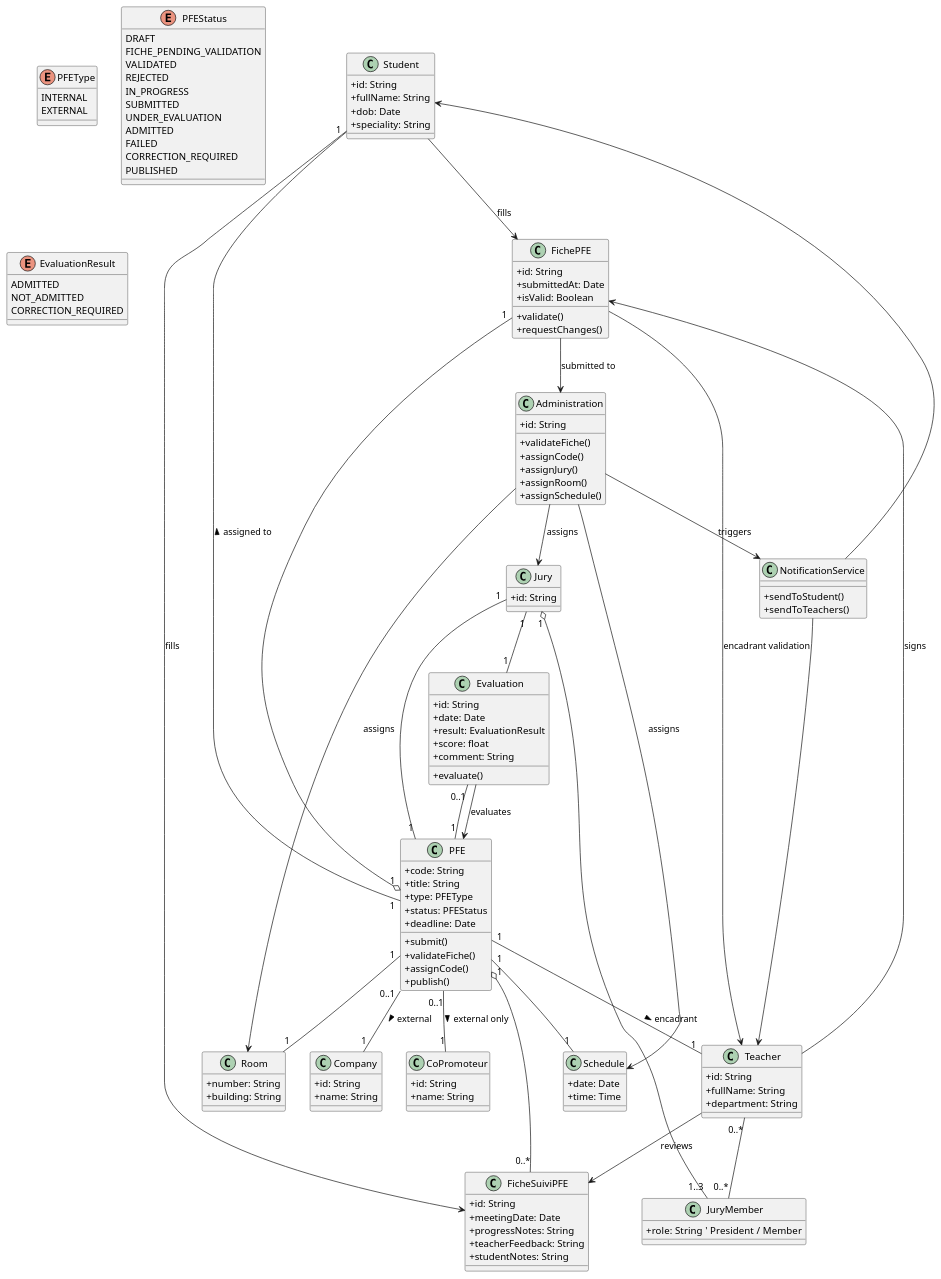
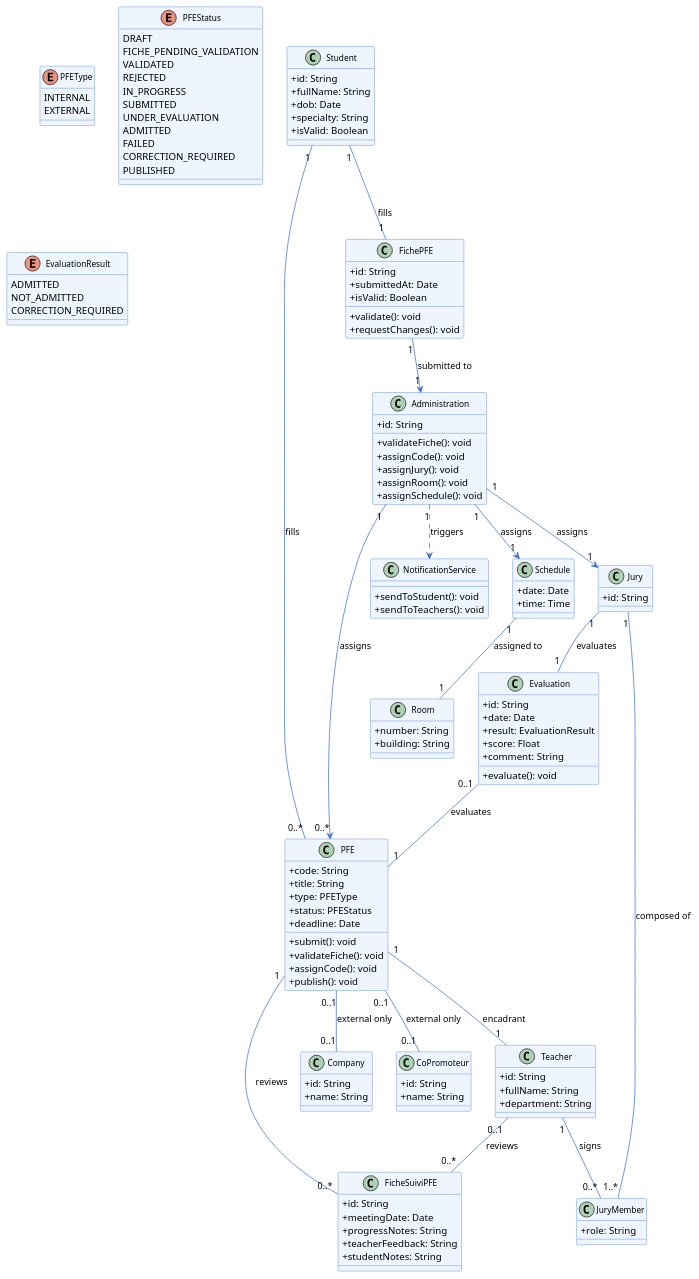
The fourth of 12 diagrams in chapters/ch3/main.qmd (rhpo/pfe-enhanced), drawn with PlantUML before and after one commit. The commit also changed other lines of this file, not shown here.

````diff
--- a/chapters/ch3/main.qmd
+++ b/chapters/ch3/main.qmd
@@ -7,8 +346,13 @@
 ```{.plantuml width=100%}
 @startuml
 skinparam classAttributeIconSize 0
+skinparam class {
+  BackgroundColor #EEF5FF
+  BorderColor #3366CC
+  ArrowColor #3366CC
+  FontSize 12
+}
 
-' ================= ENUMS =================
 enum PFEType {
   INTERNAL
   EXTERNAL
@@ -34,12 +378,12 @@
   CORRECTION_REQUIRED
 }
 
-' ================= CORE ACTORS =================
 class Student {
   +id: String
   +fullName: String
   +dob: Date
-  +speciality: String
+  +specialty: String
+  +isValid: Boolean
 }
 
 class Teacher {
@@ -48,60 +392,35 @@
   +department: String
 }
 
-class Company {
+class Administration {
   +id: String
-  +name: String
+  +validateFiche(): void
+  +assignCode(): void
+  +assignJury(): void
+  +assignRoom(): void
+  +assignSchedule(): void
 }
 
-' ================= PFE =================
+class FichePFE {
+  +id: String
+  +submittedAt: Date
+  +isValid: Boolean
+  +validate(): void
+  +requestChanges(): void
+}
+
 class PFE {
   +code: String
   +title: String
   +type: PFEType
   +status: PFEStatus
   +deadline: Date
-  +submit()
-  +validateFiche()
-  +assignCode()
-  +publish()
+  +submit(): void
+  +validateFiche(): void
+  +assignCode(): void
+  +publish(): void
 }
 
-class CoPromoteur {
-  +id: String
-  +name: String
-}
-
-PFE "1" -- "1" Student : assigned to >
-PFE "1" -- "1" Teacher : encadrant >
-PFE "0..1" -- "1" Company : external >
-PFE "0..1" -- "1" CoPromoteur : external only >
-
-' ================= FICHE PFE =================
-class FichePFE {
-  +id: String
-  +submittedAt: Date
-  +isValid: Boolean
-  +validate()
-  +requestChanges()
-}
-
-PFE "1" o-- "1" FichePFE
-
-Teacher --> FichePFE : signs
-Student --> FichePFE : fills
-FichePFE --> Teacher : encadrant validation
-FichePFE --> Administration : submitted to
-
-class Administration {
-  +id: String
-  +validateFiche()
-  +assignCode()
-  +assignJury()
-  +assignRoom()
-  +assignSchedule()
-}
-
-' ================= FOLLOW-UP =================
 class FicheSuiviPFE {
   +id: String
   +meetingDate: Date
@@ -110,41 +429,23 @@
   +studentNotes: String
 }
 
-PFE "1" o-- "0..*" FicheSuiviPFE
-Student --> FicheSuiviPFE : fills
-Teacher --> FicheSuiviPFE : reviews
-
-' ================= JURY SYSTEM =================
 class Jury {
   +id: String
 }
 
 class JuryMember {
-  +role: String  ' President / Member
+  +role: String
 }
 
-Teacher "0..*" -- "0..*" JuryMember
-Jury "1" o-- "1..3" JuryMember
-PFE "1" -- "1" Jury
-
-Administration --> Jury : assigns
-
-' ================= EVALUATION =================
 class Evaluation {
   +id: String
   +date: Date
   +result: EvaluationResult
-  +score: float
+  +score: Float
   +comment: String
-  +evaluate()
+  +evaluate(): void
 }
 
-Jury "1" -- "1" Evaluation
-PFE "1" -- "0..1" Evaluation
-
-Evaluation --> PFE : evaluates
-
-' ================= LOGISTICS =================
 class Schedule {
   +date: Date
   +time: Time
@@ -155,21 +456,37 @@
   +building: String
 }
 
-PFE "1" -- "1" Schedule
-PFE "1" -- "1" Room
-
-Administration --> Schedule : assigns
-Administration --> Room : assigns
-
-' ================= NOTIFICATIONS =================
-class NotificationService {
-  +sendToStudent()
-  +sendToTeachers()
+class Company {
+  +id: String
+  +name: String
 }
 
-Administration --> NotificationService : triggers
-NotificationService --> Student
-NotificationService --> Teacher
+class CoPromoteur {
+  +id: String
+  +name: String
+}
 
+class NotificationService {
+  +sendToStudent(): void
+  +sendToTeachers(): void
+}
+
+Student "1" -- "1" FichePFE : fills
+FichePFE "1" --> "1" Administration : submitted to
+Administration "1" --> "0..*" PFE : assigns
+Administration "1" ..> NotificationService : triggers
+Jury "1" -- "1..*" JuryMember : composed of
+Jury "1" -- "1" Evaluation : evaluates
+Evaluation "0..1" -- "1" PFE : evaluates
+PFE "1" -- "1" Teacher : encadrant
+PFE "0..1" -- "0..1" Company : external only
+PFE "0..1" -- "0..1" CoPromoteur : external only
+PFE "1" -- "0..*" FicheSuiviPFE : reviews
+Teacher "0..1" -- "0..*" FicheSuiviPFE : reviews
+Schedule "1" -- "1" Room : assigned to
+Administration "1" --> "1" Schedule : assigns
+Administration "1" --> "1" Jury : assigns
+Student "1" -- "0..*" PFE : fills
+Teacher "1" -- "0..*" JuryMember : signs
 @enduml
 ```
````
